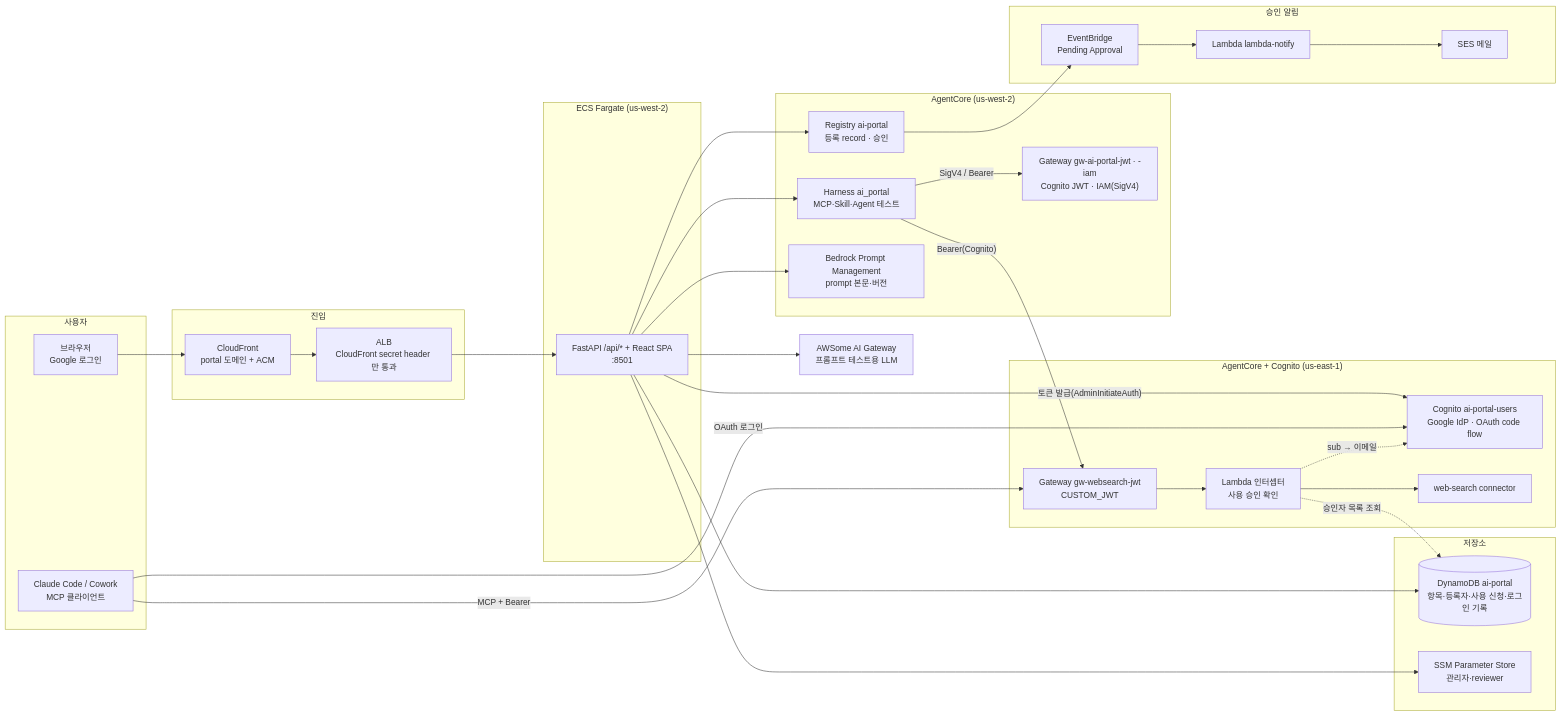
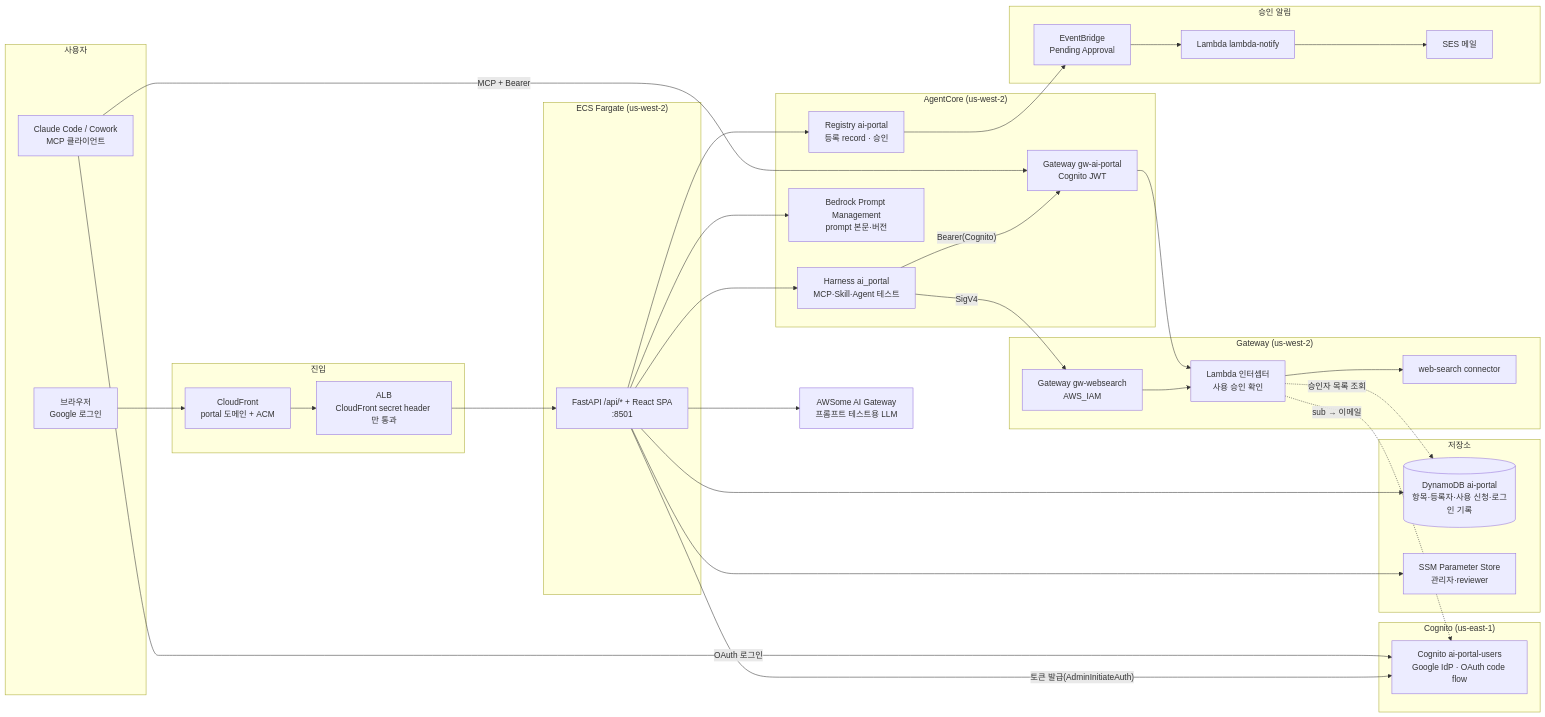
Before and after one commit to kyopark2014/ai-portal: the first of 2 diagrams in README.md, drawn with Mermaid. The commit also changed other lines of this file and 24 other files, not shown here.

First line of the commit message:
Wire JWT Gateway tools at invoke time and tighten MCP usage rules.

````diff
--- a/README.md
+++ b/README.md
@@ -31,60 +31,64 @@
 ```mermaid
 flowchart LR
   subgraph Client["사용자"]
     BR["브라우저<br/>Google 로그인"]
     CC["Claude Code / Cowork<br/>MCP 클라이언트"]
   end
 
   subgraph Edge["진입"]
     CF["CloudFront<br/>portal 도메인 + ACM"]
     ALB["ALB<br/>CloudFront secret header 만 통과"]
   end
 
   subgraph ECS["ECS Fargate (us-west-2)"]
     APP["FastAPI /api/* + React SPA<br/>:8501"]
   end
 
   subgraph Data["저장소"]
     DDB[("DynamoDB ai-portal<br/>항목·등록자·사용 신청·로그인 기록")]
     SSM["SSM Parameter Store<br/>관리자·reviewer"]
   end
 
   subgraph Reg["AgentCore (us-west-2)"]
     REG["Registry ai-portal<br/>등록 record · 승인"]
     HAR["Harness ai_portal<br/>MCP·Skill·Agent 테스트"]
     PM["Bedrock Prompt Management<br/>prompt 본문·버전"]
-    GW1["Gateway gw-ai-portal-jwt · -iam<br/>Cognito JWT · IAM(SigV4)"]
+    GW1["Gateway gw-ai-portal<br/>Cognito JWT"]
   end
 
-  subgraph East["AgentCore + Cognito (us-east-1)"]
+  subgraph Cognito["Cognito (us-east-1)"]
     COG["Cognito ai-portal-users<br/>Google IdP · OAuth code flow"]
-    GW2["Gateway gw-websearch-jwt<br/>CUSTOM_JWT"]
+  end
+
+  subgraph WestGw["Gateway (us-west-2)"]
+    GW2["Gateway gw-websearch<br/>AWS_IAM"]
     INT["Lambda 인터셉터<br/>사용 승인 확인"]
     WS["web-search connector"]
   end
 
   subgraph Notify["승인 알림"]
     EB["EventBridge<br/>Pending Approval"]
     LN["Lambda lambda-notify"]
     SES["SES 메일"]
   end
 
   LLM["AWSome AI Gateway<br/>프롬프트 테스트용 LLM"]
 
   BR --> CF --> ALB --> APP
   APP --> DDB
   APP --> SSM
   APP --> REG
   APP --> PM
   APP --> HAR
   APP -->|"토큰 발급(AdminInitiateAuth)"| COG
   APP --> LLM
-  HAR -->|"SigV4 / Bearer"| GW1
-  HAR -->|"Bearer(Cognito)"| GW2
+  HAR -->|"Bearer(Cognito)"| GW1
+  HAR -->|"SigV4"| GW2
   CC -->|"OAuth 로그인"| COG
-  CC -->|"MCP + Bearer"| GW2
+  CC -->|"MCP + Bearer"| GW1
   GW2 --> INT --> WS
+  GW1 --> INT
   INT -.->|"승인자 목록 조회"| DDB
   INT -.->|"sub → 이메일"| COG
   REG --> EB --> LN --> SES
 ```
````
